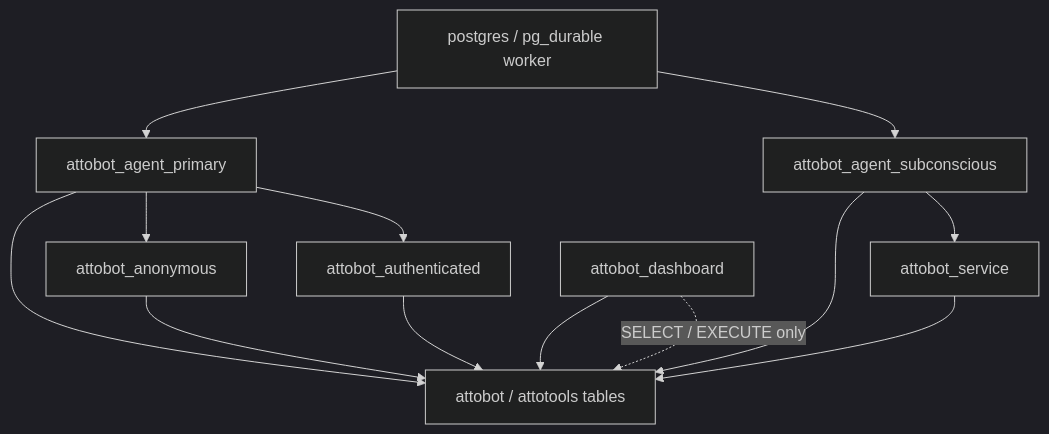
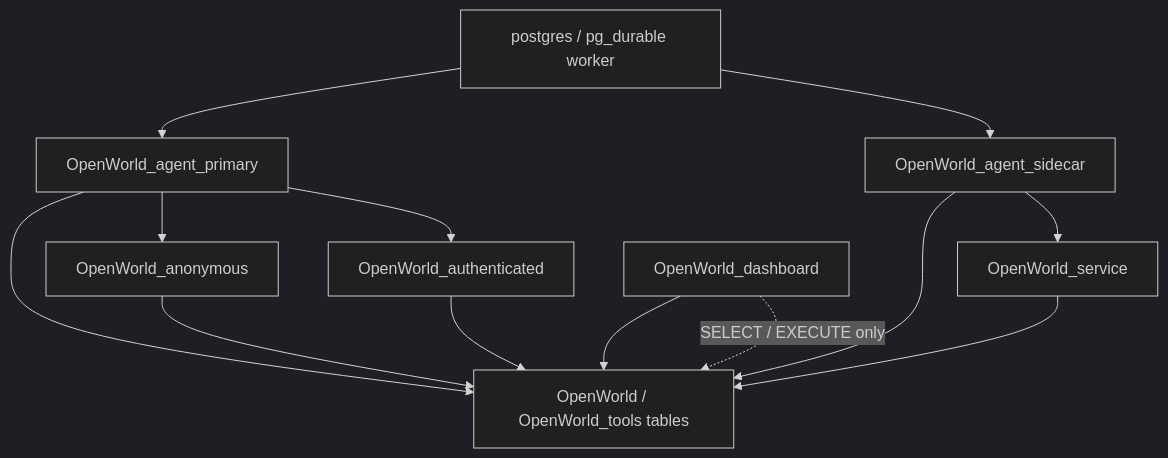
The diagram in README.md (sweatybridge/OpenWorld), drawn with Mermaid (dark theme) before and after one commit. The commit also changed other lines of this file and 195 other files, not shown here.

Commit message:
Rename project to OpenWorld

````diff
--- a/README.md
+++ b/README.md
@@ -62,24 +63,24 @@
 ```mermaid
 graph TD
-  db["attobot / attotools tables"]
+  db["OpenWorld / OpenWorld_tools tables"]
   orchestrator["postgres / pg_durable worker"]
-  primary["attobot_agent_primary"]
-  subconscious["attobot_agent_subconscious"]
-  anon["attobot_anonymous"]
-  auth["attobot_authenticated"]
-  service["attobot_service"]
-  dashboard["attobot_dashboard"]
+  primary["OpenWorld_agent_primary"]
+  sidecar["OpenWorld_agent_sidecar"]
+  anon["OpenWorld_anonymous"]
+  auth["OpenWorld_authenticated"]
+  service["OpenWorld_service"]
+  dashboard["OpenWorld_dashboard"]
 
   orchestrator --> primary
-  orchestrator --> subconscious
+  orchestrator --> sidecar
   primary --> db
-  subconscious --> db
+  sidecar --> db
   anon --> db
   auth --> db
   service --> db
   dashboard --> db
   primary --> anon
   primary --> auth
-  subconscious --> service
+  sidecar --> service
   dashboard -. "SELECT / EXECUTE only" .-> db
 ```
````
